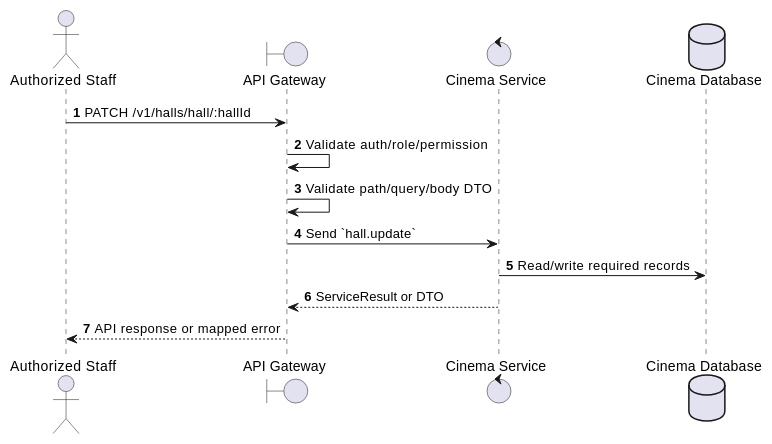
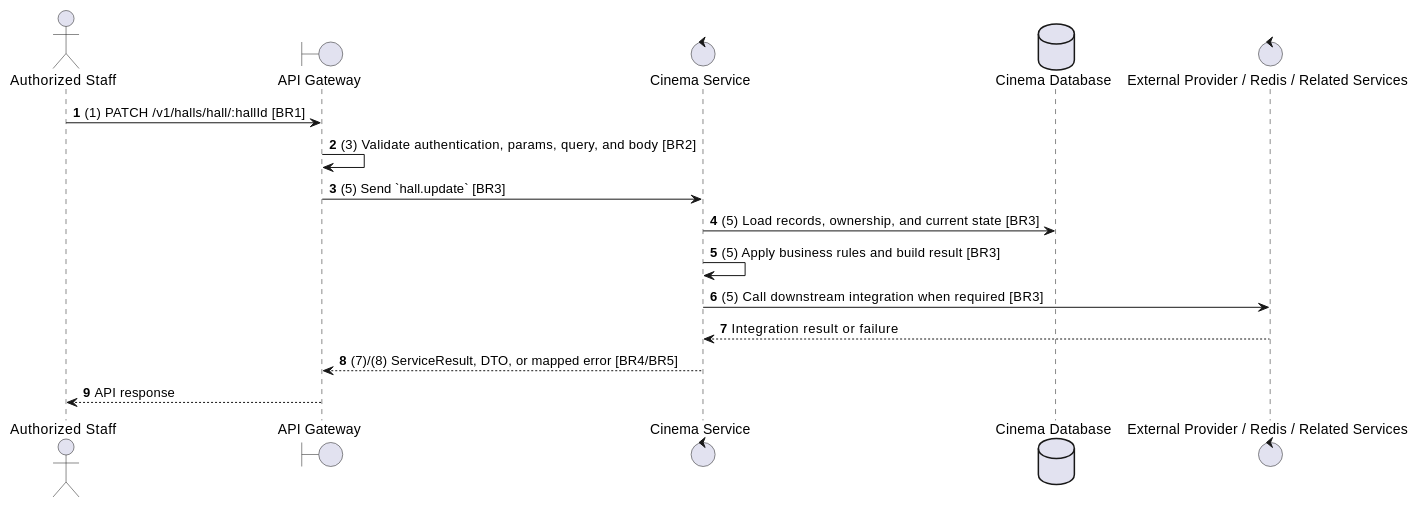
The second of 2 diagrams in docs/functional_specs/3.2.2_Hall_Management/HM-04_Update_Hall.md (Tanh1603/movie-hub-architecture), drawn with PlantUML before and after one commit. The commit also changed other lines of this file and 129 other files, not shown here.

````diff
--- a/docs/functional_specs/3.2.2_Hall_Management/HM-04_Update_Hall.md
+++ b/docs/functional_specs/3.2.2_Hall_Management/HM-04_Update_Hall.md
@@ -17,17 +64,20 @@
 ```plantuml
 @startuml
 autonumber
 actor "Authorized Staff" as Actor
 boundary "API Gateway" as GW
 control "Cinema Service" as SVC
 database "Cinema Database" as DB
+control "External Provider / Redis / Related Services" as EXT
 
-Actor -> GW: PATCH /v1/halls/hall/:hallId
-GW -> GW: Validate auth/role/permission
-GW -> GW: Validate path/query/body DTO
-GW -> SVC: Send `hall.update`
-SVC -> DB: Read/write required records
-SVC --> GW: ServiceResult or DTO
-GW --> Actor: API response or mapped error
+Actor -> GW: (1) PATCH /v1/halls/hall/:hallId [BR1]
+GW -> GW: (3) Validate authentication, params, query, and body [BR2]
+GW -> SVC: (5) Send `hall.update` [BR3]
+SVC -> DB: (5) Load records, ownership, and current state [BR3]
+SVC -> SVC: (5) Apply business rules and build result [BR3]
+SVC -> EXT: (5) Call downstream integration when required [BR3]
+EXT --> SVC: Integration result or failure
+SVC --> GW: (7)/(8) ServiceResult, DTO, or mapped error [BR4/BR5]
+GW --> Actor: API response
 @enduml
 ```
````
